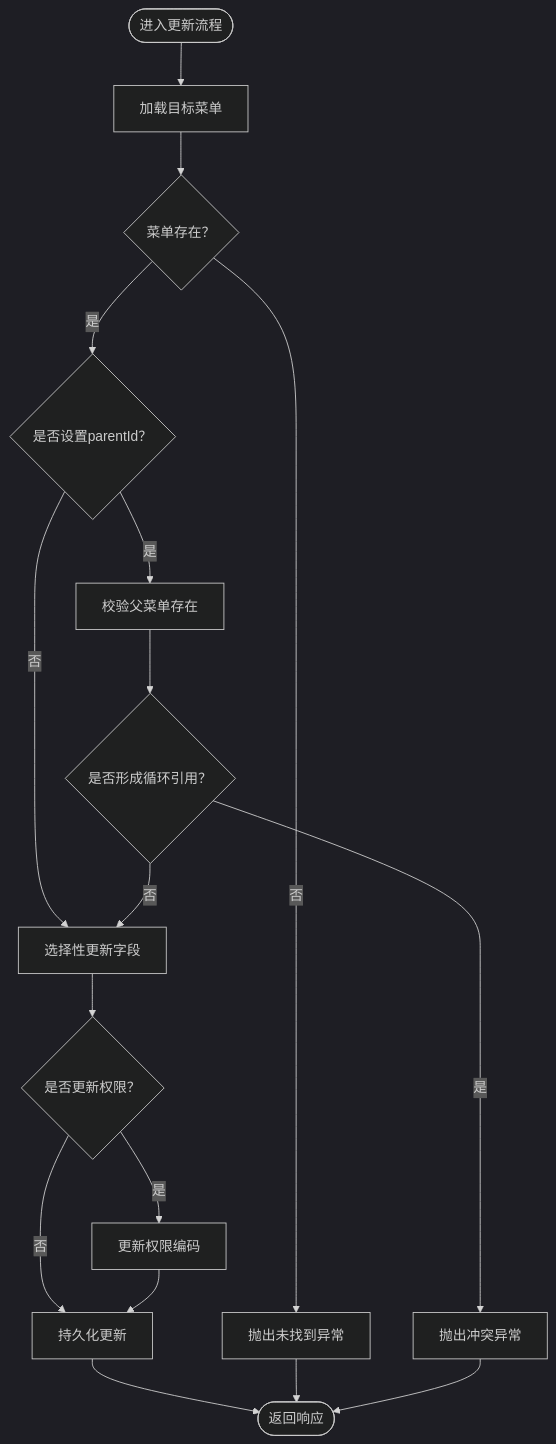
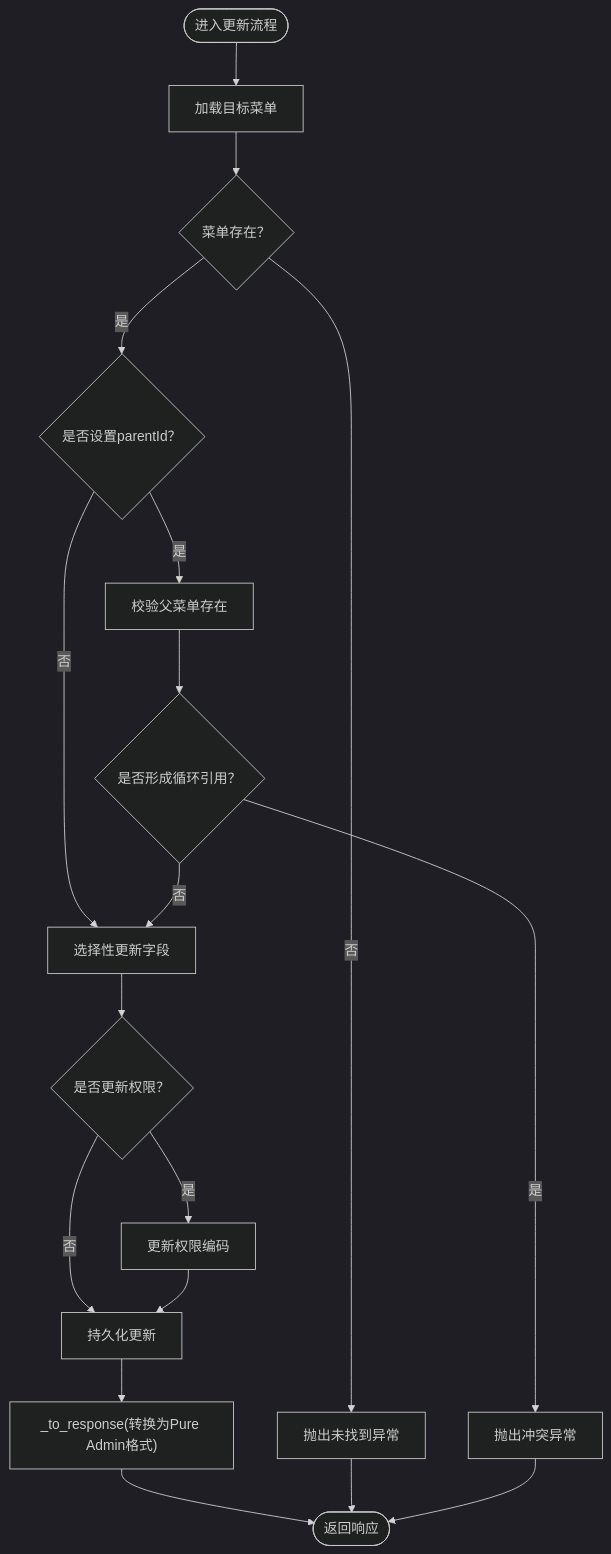
Before and after one commit to taoweidong/Hello-FastApi: the fourth of 6 diagrams in .qoder/repowiki/zh/content/API 接口文档/菜单管理接口.md, drawn with Mermaid (dark theme). The commit also changed other lines of this file and 11 other files, not shown here.

````diff
--- a/.qoder/repowiki/zh/content/API 接口文档/菜单管理接口.md
+++ b/.qoder/repowiki/zh/content/API 接口文档/菜单管理接口.md
@@ -258,19 +253,20 @@
 ```mermaid
 flowchart TD
 Start(["进入更新流程"]) --> Load["加载目标菜单"]
 Load --> Exists{"菜单存在？"}
 Exists -- 否 --> Err404["抛出未找到异常"]
 Exists -- 是 --> CheckParent{"是否设置parentId？"}
 CheckParent -- 否 --> UpdateFields["选择性更新字段"]
 CheckParent -- 是 --> ValidateParent["校验父菜单存在"]
 ValidateParent --> LoopCheck{"是否形成循环引用？"}
 LoopCheck -- 是 --> Err409["抛出冲突异常"]
 LoopCheck -- 否 --> UpdateFields
 UpdateFields --> PermCheck{"是否更新权限？"}
 PermCheck -- 是 --> PermUpdate["更新权限编码"]
 PermCheck -- 否 --> Persist["持久化更新"]
 PermUpdate --> Persist
-Persist --> Done(["返回响应"])
+Persist --> Convert["_to_response(转换为Pure Admin格式)"]
+Convert --> Done(["返回响应"])
 Err404 --> Done
 Err409 --> Done
 ```
````
